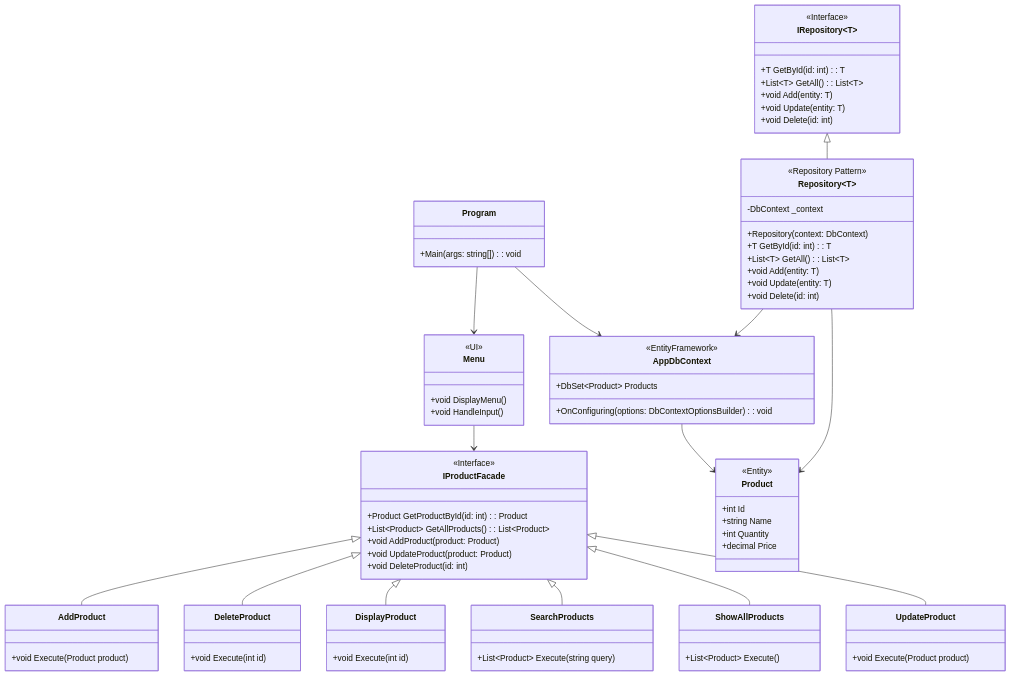
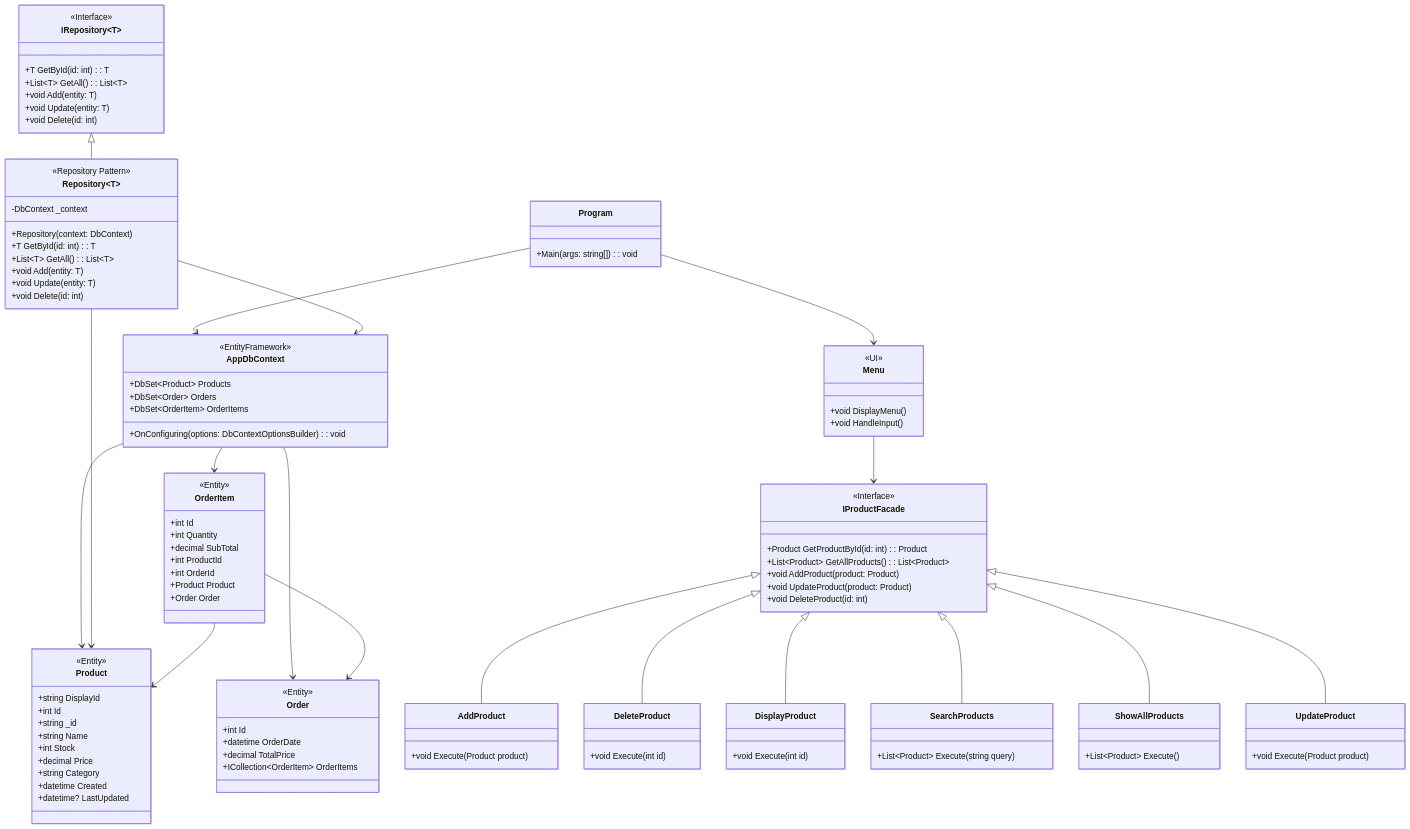
One commit to Campus-Molndal-CLOH24/OopAdv_31337_Lagershop changed the second of 3 diagrams in HenriksHobbyLager/docs/uml.md. Above: the diagram before and after it, drawn with Mermaid. The commit also changed other lines of this file, not shown here.

Commit message:
Updated UML for EF.

````diff
--- a/HenriksHobbyLager/docs/uml.md
+++ b/HenriksHobbyLager/docs/uml.md
@@ -37,87 +41,115 @@
 ```mermaid
 classDiagram
-direction TB
+    direction TB
 
-class Program {
-    +Main(args: string[]): void
-}
+    class Program {
+        +Main(args: string[]): void
+    }
 
-class AppDbContext {
-    <<EntityFramework>>
-    +DbSet~Product~ Products
-    +OnConfiguring(options: DbContextOptionsBuilder): void
-}
+    class AppDbContext {
+        <<EntityFramework>>
+        +DbSet~Product~ Products
+        +DbSet~Order~ Orders
+        +DbSet~OrderItem~ OrderItems
+        +OnConfiguring(options: DbContextOptionsBuilder): void
+    }
 
-class IRepository~T~ {
-    <<Interface>>
-    +T GetById(id: int): T
-    +List~T~ GetAll(): List~T~
-    +void Add(entity: T)
-    +void Update(entity: T)
-    +void Delete(id: int)
-}
+    class IRepository~T~ {
+        <<Interface>>
+        +T GetById(id: int): T
+        +List~T~ GetAll(): List~T~
+        +void Add(entity: T)
+        +void Update(entity: T)
+        +void Delete(id: int)
+    }
 
-class Repository~T~ {
-    <<Repository Pattern>>
-    -DbContext _context
-    +Repository(context: DbContext)
-    +T GetById(id: int): T
-    +List~T~ GetAll(): List~T~
-    +void Add(entity: T)
-    +void Update(entity: T)
-    +void Delete(id: int)
+    class Repository~T~ {
+<<Repository Pattern>>
+-DbContext _context
++Repository(context: DbContext)
++T GetById(id: int): T
++List~T~ GetAll(): List~T~
++void Add(entity: T)
++void Update(entity: T)
++void Delete(id: int)
 }
 
 class Product {
-    <<Entity>>
-    +int Id
-    +string Name
-    +int Quantity
-    +decimal Price
+<<Entity>>
++string DisplayId
++int Id
++string _id
++string Name
++int Stock
++decimal Price
++string Category
++datetime Created
++datetime? LastUpdated
+}
+
+class Order {
+<<Entity>>
++int Id
++datetime OrderDate
++decimal TotalPrice
++ICollection~OrderItem~ OrderItems
+}
+
+class OrderItem {
+<<Entity>>
++int Id
++int Quantity
++decimal SubTotal
++int ProductId
++int OrderId
++Product Product
++Order Order
 }
 
 class IProductFacade {
-    <<Interface>>
-    +Product GetProductById(id: int): Product
-    +List~Product~ GetAllProducts(): List~Product~
-    +void AddProduct(product: Product)
-    +void UpdateProduct(product: Product)
-    +void DeleteProduct(id: int)
+<<Interface>>
++Product GetProductById(id: int): Product
++List~Product~ GetAllProducts(): List~Product~
++void AddProduct(product: Product)
++void UpdateProduct(product: Product)
++void DeleteProduct(id: int)
 }
 
 class AddProduct {
-    +void Execute(Product product)
++void Execute(Product product)
 }
 
 class DeleteProduct {
-    +void Execute(int id)
++void Execute(int id)
 }
 
 class DisplayProduct {
-    +void Execute(int id)
++void Execute(int id)
 }
 
 class SearchProducts {
-    +List~Product~ Execute(string query)
++List~Product~ Execute(string query)
 }
 
 class ShowAllProducts {
-    +List~Product~ Execute()
++List~Product~ Execute()
 }
 
 class UpdateProduct {
-    +void Execute(Product product)
++void Execute(Product product)
 }
 
 class Menu {
-    <<UI>>
-    +void DisplayMenu()
-    +void HandleInput()
+<<UI>>
++void DisplayMenu()
++void HandleInput()
 }
 
 Program --> Menu
 Program --> AppDbContext
 AppDbContext --> Product
+AppDbContext --> Order
+AppDbContext --> OrderItem
 Menu --> IProductFacade
 IProductFacade <|-- AddProduct
 IProductFacade <|-- DeleteProduct
@@ -128,4 +160,7 @@
 IRepository~T~ <|-- Repository~T~
 Repository~T~ --> AppDbContext
 Repository~T~ --> Product
+OrderItem --> Product
+OrderItem --> Order
+
 ```
````
